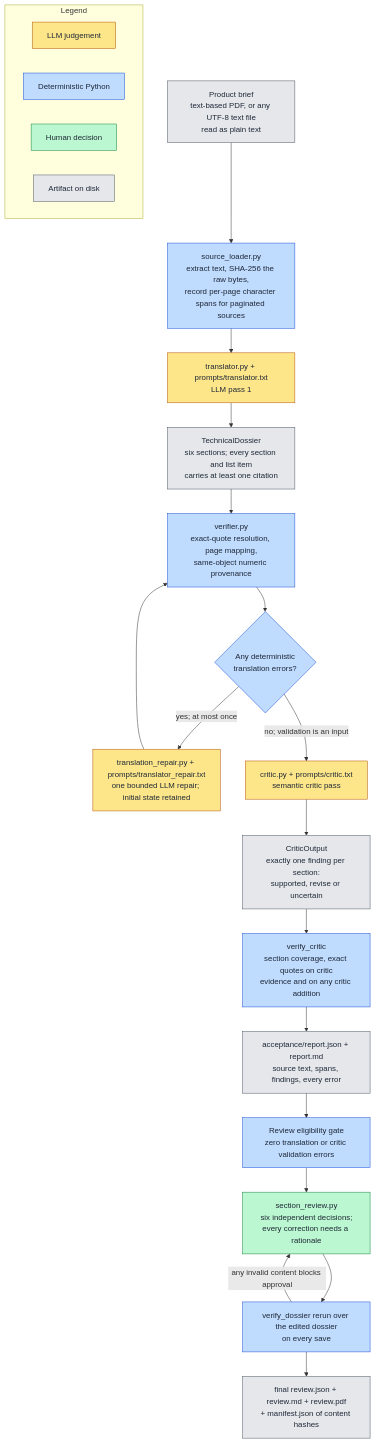
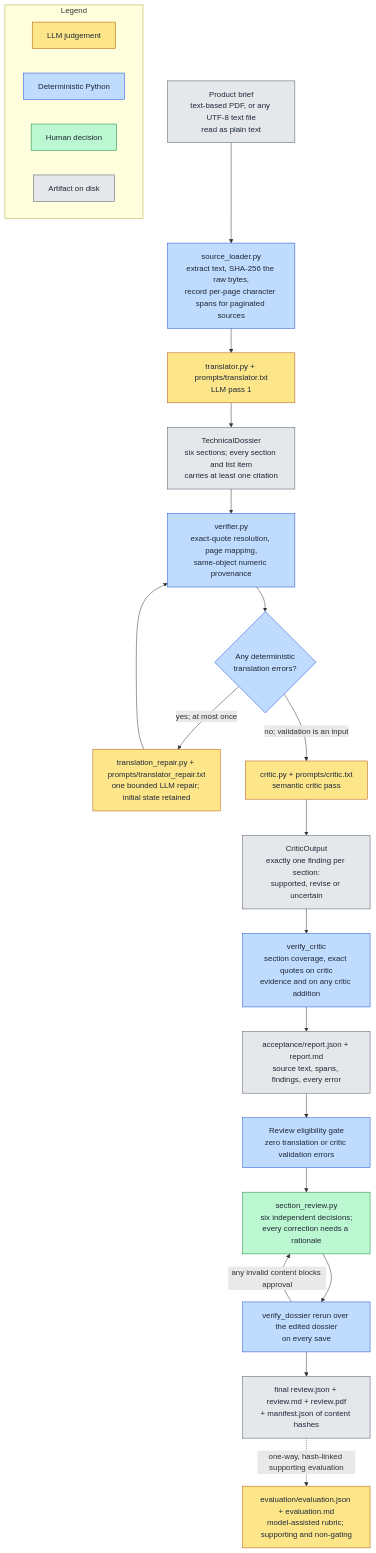
One commit to Ninadnj/traceable-brief-translator changed the first of 3 diagrams in README.md. Above: the diagram before and after it, drawn with Mermaid. The commit also changed other lines of this file and 45 other files, not shown here.

````diff
--- a/README.md
+++ b/README.md
@@ -75,37 +77,39 @@
 ```mermaid
 flowchart TB
     PDF["Product brief<br/>text-based PDF, or any UTF-8 text file<br/>read as plain text"]:::io
     LOAD["source_loader.py<br/>extract text, SHA-256 the raw bytes,<br/>record per-page character spans for paginated sources"]:::code
     T["translator.py + prompts/translator.txt<br/>LLM pass 1"]:::model
     D["TechnicalDossier<br/>six sections; every section and list item<br/>carries at least one citation"]:::io
     V["verifier.py<br/>exact-quote resolution, page mapping,<br/>same-object numeric provenance"]:::code
     R{"Any deterministic<br/>translation errors?"}:::code
     FIX["translation_repair.py + prompts/translator_repair.txt<br/>one bounded LLM repair; initial state retained"]:::model
     C["critic.py + prompts/critic.txt<br/>semantic critic pass"]:::model
     F["CriticOutput<br/>exactly one finding per section:<br/>supported, revise or uncertain"]:::io
     VC["verify_critic<br/>section coverage, exact quotes on critic<br/>evidence and on any critic addition"]:::code
     REP["acceptance/report.json + report.md<br/>source text, spans, findings, every error"]:::io
     POL["Review eligibility gate<br/>zero translation or critic validation errors"]:::code
     SR["section_review.py<br/>six independent decisions;<br/>every correction needs a rationale"]:::human
     RV["verify_dossier rerun over the edited dossier<br/>on every save"]:::code
     FIN["final review.json + review.md + review.pdf<br/>+ manifest.json of content hashes"]:::io
+    EVAL["evaluation/evaluation.json + evaluation.md<br/>model-assisted rubric; supporting and non-gating"]:::model
 
     PDF --> LOAD --> T --> D --> V --> R
     R -->|"yes; at most once"| FIX --> V
     R -->|"no; validation is an input"| C
     C --> F --> VC --> REP --> POL --> SR --> RV --> FIN
     RV -->|"any invalid content blocks approval"| SR
+    FIN -.->|"one-way, hash-linked supporting evaluation"| EVAL
 
     subgraph legend["Legend"]
         direction LR
         L1["LLM judgement"]:::model
         L2["Deterministic Python"]:::code
         L3["Human decision"]:::human
         L4["Artifact on disk"]:::io
     end
 
     classDef model fill:#fde68a,stroke:#b45309,stroke-width:1px,color:#1f2937;
     classDef code fill:#bfdbfe,stroke:#1d4ed8,stroke-width:1px,color:#1f2937;
     classDef human fill:#bbf7d0,stroke:#15803d,stroke-width:1px,color:#1f2937;
     classDef io fill:#e5e7eb,stroke:#4b5563,stroke-width:1px,color:#1f2937;
 ```
````
